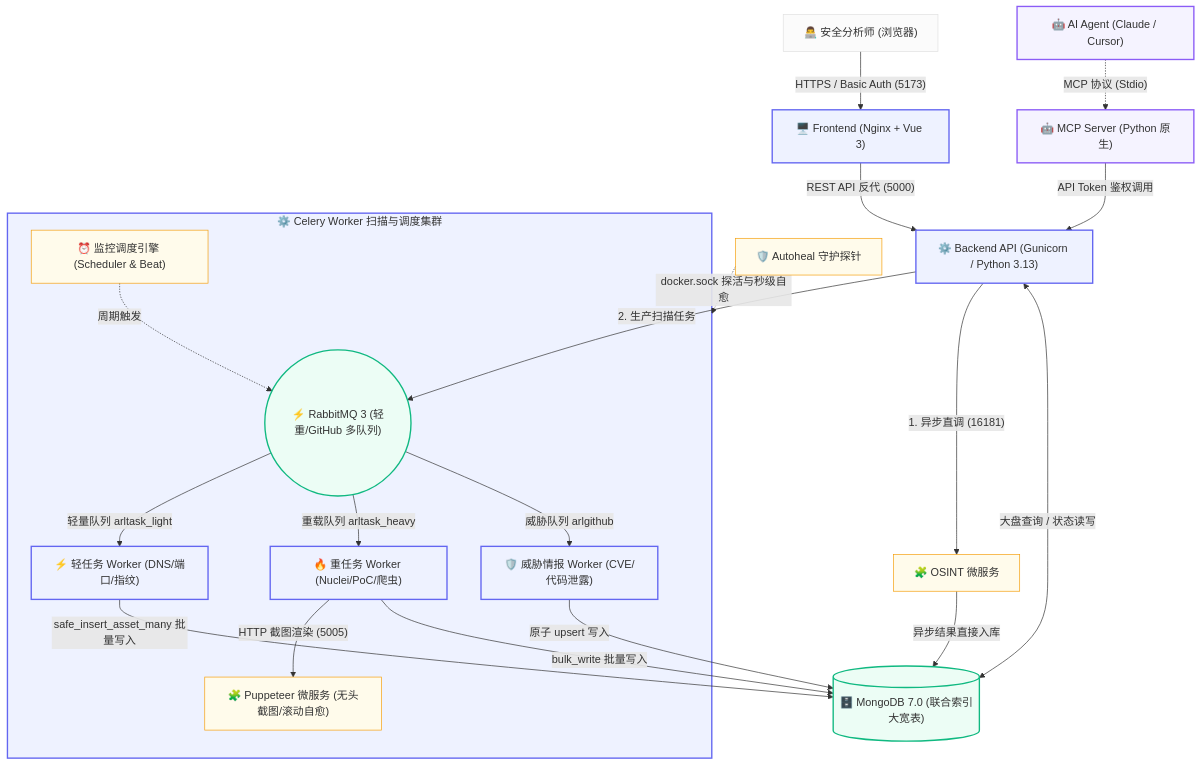
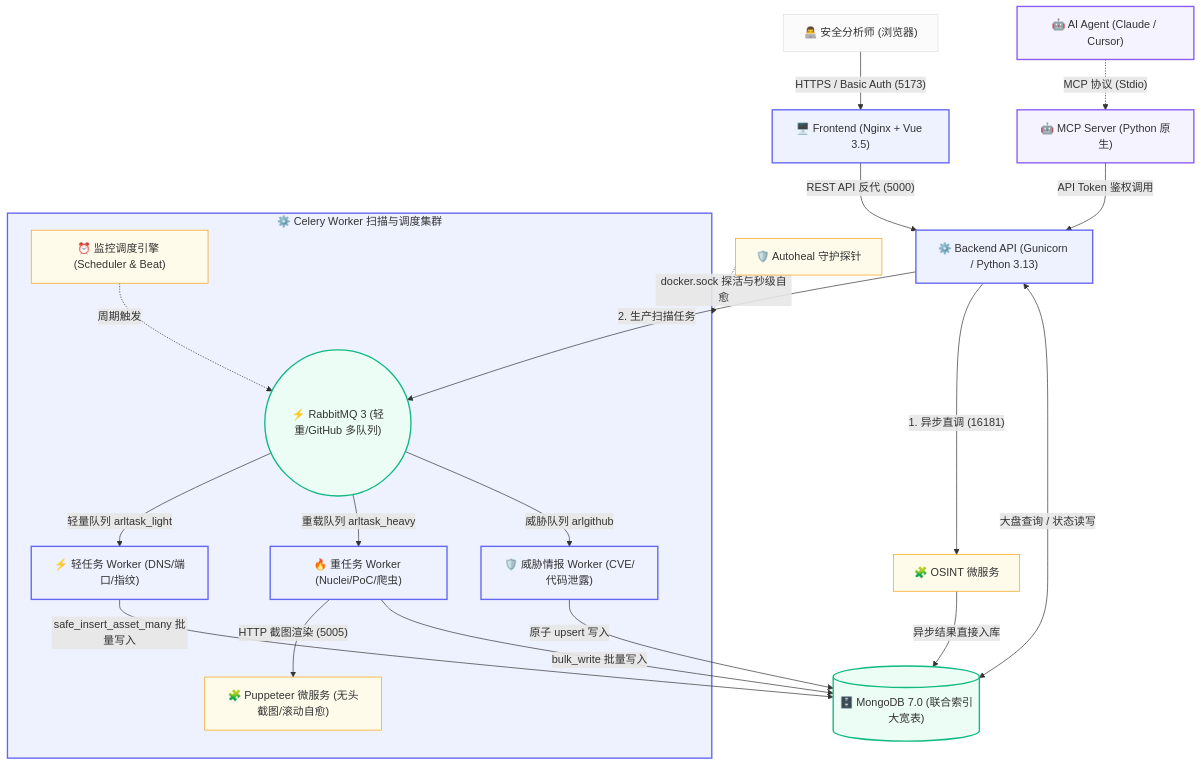
Before and after one commit to owl234/ARL-Next: the diagram in README.md, drawn with Mermaid. The commit also changed other lines of this file, not shown here.

````diff
--- a/README.md
+++ b/README.md
@@ -123,44 +123,44 @@
 ```mermaid
 graph TD
     %% 1. 接入层
-    User["👨‍💻 安全分析师 (浏览器)"] -->|"HTTPS / Basic Auth (5173)"| Nginx["🖥️ Frontend (Nginx + Vue 3)"]
+    User["👨‍💻 安全分析师 (浏览器)"] -->|"HTTPS / Basic Auth (5173)"| Nginx["🖥️ Frontend (Nginx + Vue 3.5)"]
     Agent["🤖 AI Agent (Claude / Cursor)"] -.->|"MCP 协议 (Stdio)"| MCP["🤖 MCP Server (Python 原生)"]
 
     %% 2. API 网关层
     Nginx -->|"REST API 反代 (5000)"| Backend["⚙️ Backend API (Gunicorn / Python 3.13)"]
     MCP -->|"API Token 鉴权调用"| Backend
 
     %% 3. 调度与任务分流 (双轨解耦)
-    Backend -->|"1. 异步直调 (16181)"| OSINT["🧩 OSINT 微服务 "]
+    Backend -->|"1. 异步直调 (16181)"| OSINT["🧩 OSINT 微服务"]
     Backend -->|"2. 生产扫描任务"| MQ(("⚡ RabbitMQ 3 (轻重/GitHub 多队列)"))
 
     %% 4. Celery Worker 扫描计算集群
     subgraph WorkerCluster ["⚙️ Celery Worker 扫描与调度集群"]
         MQ -->|"轻量队列 arltask_light"| W_Light["⚡ 轻任务 Worker (DNS/端口/指纹)"]
         MQ -->|"重载队列 arltask_heavy"| W_Heavy["🔥 重任务 Worker (Nuclei/PoC/爬虫)"]
         MQ -->|"威胁队列 arlgithub"| W_Git["🛡️ 威胁情报 Worker (CVE/代码泄露)"]
         
         Scheduler["⏰ 监控调度引擎 (Scheduler & Beat)"] -.->|"周期触发"| MQ
         W_Heavy -->|"HTTP 截图渲染 (5005)"| Puppeteer["🧩 Puppeteer 微服务 (无头截图/滚动自愈)"]
     end
 
     %% 5. 数据统一落库 (从上往下自然汇聚，彻底杜绝线条交叉穿透)
     Backend <-->|"大盘查询 / 状态读写"| DB[("🗄️ MongoDB 7.0 (联合索引大宽表)")]
     OSINT -->|"异步结果直接入库"| DB
     W_Light -->|"safe_insert_asset_many 批量写入"| DB
     W_Heavy -->|"bulk_write 批量写入"| DB
     W_Git -->|"原子 upsert 写入"| DB
 
     Autoheal["🛡️ Autoheal 守护探针"] -.->|"docker.sock 探活与秒级自愈"| WorkerCluster
 
     classDef default fill:#fbfbfb,stroke:#e0e0e0,stroke-width:1px;
     classDef core fill:#eef2ff,stroke:#6366f1,stroke-width:2px;
     classDef ai fill:#f5f3ff,stroke:#8b5cf6,stroke-width:2px;
     classDef db fill:#ecfdf5,stroke:#10b981,stroke-width:2px;
     classDef micro fill:#fffbeb,stroke:#f59e0b,stroke-width:1px;
     
     class Nginx,Backend,WorkerCluster,W_Light,W_Heavy,W_Git core;
     class Agent,MCP ai;
     class DB,MQ db;
     class OSINT,Puppeteer,Autoheal,Scheduler micro;
 ```
````
